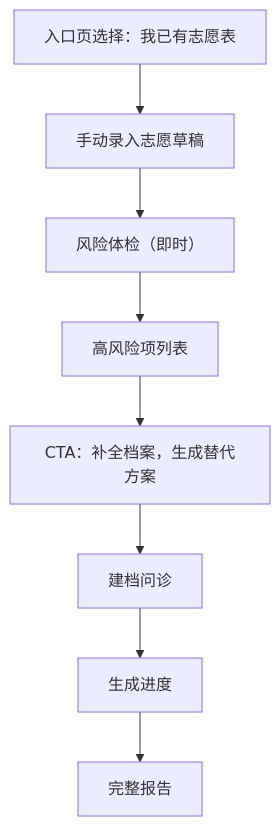
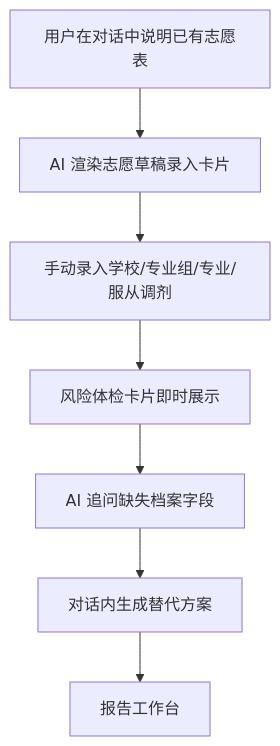
Before and after one commit to debugzhao/jin-guide: the third of 6 diagrams in docs/frontend-prd-v2.md, drawn with Mermaid. The commit also changed other lines of this file and 2 other files, not shown here.

````diff
--- a/docs/frontend-prd-v2.md
+++ b/docs/frontend-prd-v2.md
@@ -254,10 +275,9 @@
 ```mermaid
 flowchart TD
-  A["入口页选择：我已有志愿表"] --> B["手动录入志愿草稿"]
-  B --> C["风险体检（即时）"]
-  C --> D["高风险项列表"]
-  D --> E["CTA：补全档案，生成替代方案"]
-  E --> F["建档问诊"]
-  F --> G["生成进度"]
-  G --> H["完整报告"]
+  A["用户在对话中说明已有志愿表"] --> B["AI 渲染志愿草稿录入卡片"]
+  B --> C["手动录入学校/专业组/专业/服从调剂"]
+  C --> D["风险体检卡片即时展示"]
+  D --> E["AI 追问缺失档案字段"]
+  E --> F["对话内生成替代方案"]
+  F --> G["报告工作台"]
 ```
````
